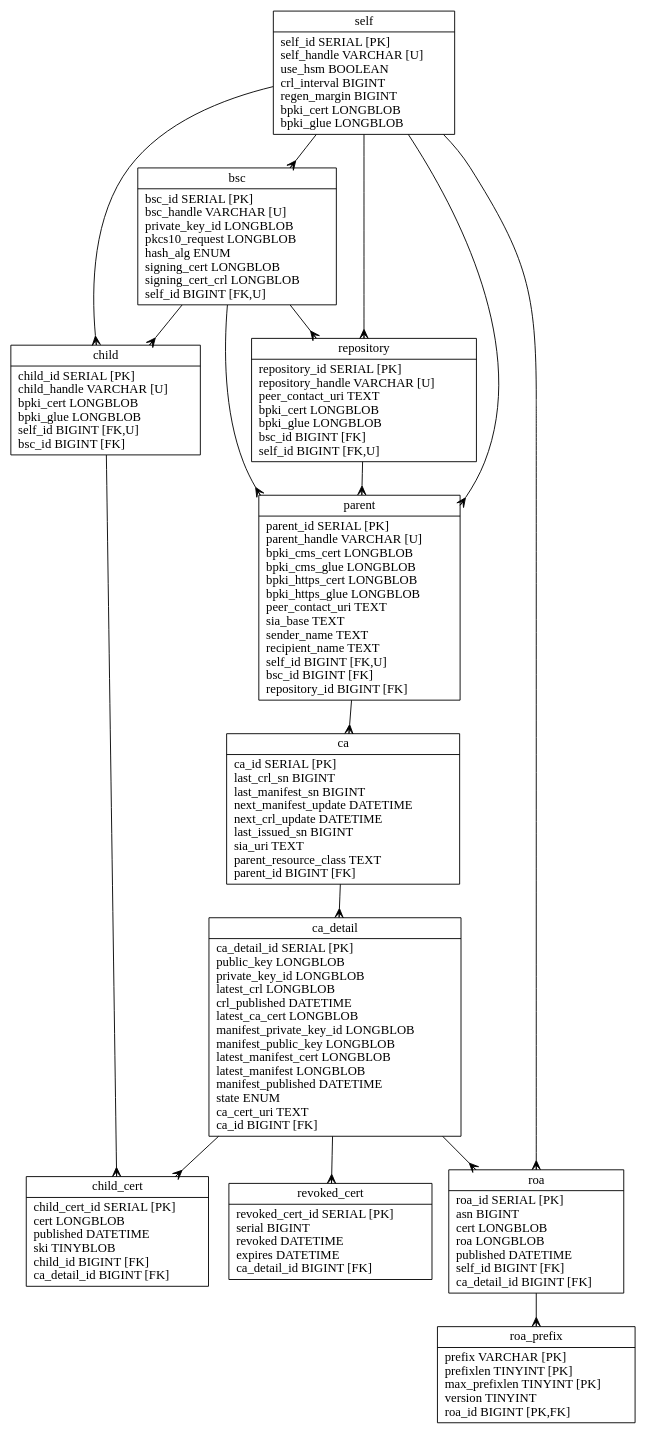
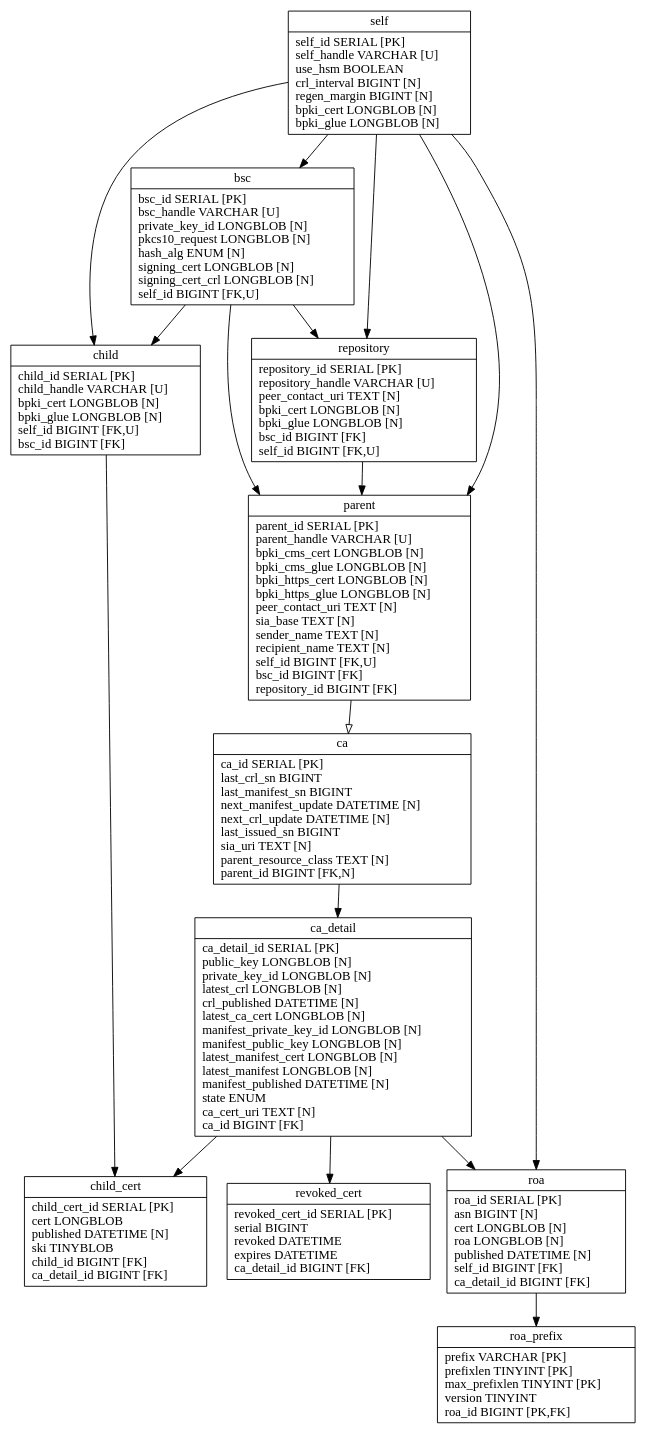
Before and after one commit to dragonresearch/rpki.net: the diagram in rpkid/doc/rpkid.dot, drawn with Graphviz. The commit also changed 29 other files, not shown here.

```diff
--- a/rpkid/doc/rpkid.dot
+++ b/rpkid/doc/rpkid.dot
@@ -1,34 +1,34 @@
 // Automatically generated from rpkid.sql
 
 digraph test {
 	edge [arrowtail=none, arrowhead=crow];
-	graph [ratio=fill, overlap=false, bgcolor=white];
+	graph [ratio=fill, overlap=false];
 	node [label="\N", fillcolor=white, shape=record, style=filled];
-	self [label="{self\n|self_id\ SERIAL\ [PK]\lself_handle\ VARCHAR\ [U]\luse_hsm\ BOOLEAN\lcrl_interval\ BIGINT\lregen_margin\ BIGINT\lbpki_cert\ LONGBLOB\lbpki_glue\ LONGBLOB\l}"];
-	bsc [label="{bsc\n|bsc_id\ SERIAL\ [PK]\lbsc_handle\ VARCHAR\ [U]\lprivate_key_id\ LONGBLOB\lpkcs10_request\ LONGBLOB\lhash_alg\ ENUM\lsigning_cert\ LONGBLOB\lsigning_cert_crl\ LONGBLOB\lself_id\ BIGINT\ [FK,U]\l}"];
-	repository [label="{repository\n|repository_id\ SERIAL\ [PK]\lrepository_handle\ VARCHAR\ [U]\lpeer_contact_uri\ TEXT\lbpki_cert\ LONGBLOB\lbpki_glue\ LONGBLOB\lbsc_id\ BIGINT\ [FK]\lself_id\ BIGINT\ [FK,U]\l}"];
-	parent [label="{parent\n|parent_id\ SERIAL\ [PK]\lparent_handle\ VARCHAR\ [U]\lbpki_cms_cert\ LONGBLOB\lbpki_cms_glue\ LONGBLOB\lbpki_https_cert\ LONGBLOB\lbpki_https_glue\ LONGBLOB\lpeer_contact_uri\ TEXT\lsia_base\ TEXT\lsender_name\ TEXT\lrecipient_name\ TEXT\lself_id\ BIGINT\ [FK,U]\lbsc_id\ BIGINT\ [FK]\lrepository_id\ BIGINT\ [FK]\l}"];
-	ca [label="{ca\n|ca_id\ SERIAL\ [PK]\llast_crl_sn\ BIGINT\llast_manifest_sn\ BIGINT\lnext_manifest_update\ DATETIME\lnext_crl_update\ DATETIME\llast_issued_sn\ BIGINT\lsia_uri\ TEXT\lparent_resource_class\ TEXT\lparent_id\ BIGINT\ [FK]\l}"];
-	ca_detail [label="{ca_detail\n|ca_detail_id\ SERIAL\ [PK]\lpublic_key\ LONGBLOB\lprivate_key_id\ LONGBLOB\llatest_crl\ LONGBLOB\lcrl_published\ DATETIME\llatest_ca_cert\ LONGBLOB\lmanifest_private_key_id\ LONGBLOB\lmanifest_public_key\ LONGBLOB\llatest_manifest_cert\ LONGBLOB\llatest_manifest\ LONGBLOB\lmanifest_published\ DATETIME\lstate\ ENUM\lca_cert_uri\ TEXT\lca_id\ BIGINT\ [FK]\l}"];
-	child [label="{child\n|child_id\ SERIAL\ [PK]\lchild_handle\ VARCHAR\ [U]\lbpki_cert\ LONGBLOB\lbpki_glue\ LONGBLOB\lself_id\ BIGINT\ [FK,U]\lbsc_id\ BIGINT\ [FK]\l}"];
-	child_cert [label="{child_cert\n|child_cert_id\ SERIAL\ [PK]\lcert\ LONGBLOB\lpublished\ DATETIME\lski\ TINYBLOB\lchild_id\ BIGINT\ [FK]\lca_detail_id\ BIGINT\ [FK]\l}"];
-	revoked_cert [label="{revoked_cert\n|revoked_cert_id\ SERIAL\ [PK]\lserial\ BIGINT\lrevoked\ DATETIME\lexpires\ DATETIME\lca_detail_id\ BIGINT\ [FK]\l}"];
-	roa [label="{roa\n|roa_id\ SERIAL\ [PK]\lasn\ BIGINT\lcert\ LONGBLOB\lroa\ LONGBLOB\lpublished\ DATETIME\lself_id\ BIGINT\ [FK]\lca_detail_id\ BIGINT\ [FK]\l}"];
-	roa_prefix [label="{roa_prefix\n|prefix\ VARCHAR\ [PK]\lprefixlen\ TINYINT\ [PK]\lmax_prefixlen\ TINYINT\ [PK]\lversion\ TINYINT\lroa_id\ BIGINT\ [PK,FK]\l}"];
-	bsc -> child;
-	bsc -> parent;
-	bsc -> repository;
-	ca -> ca_detail;
-	ca_detail -> child_cert;
-	ca_detail -> revoked_cert;
-	ca_detail -> roa;
-	child -> child_cert;
-	parent -> ca;
-	repository -> parent;
-	roa -> roa_prefix;
-	self -> bsc;
-	self -> child;
-	self -> parent;
-	self -> repository;
-	self -> roa;
+	node1 [label="{self\n|self_id\ SERIAL\ [PK]\lself_handle\ VARCHAR\ [U]\luse_hsm\ BOOLEAN\lcrl_interval\ BIGINT\ [N]\lregen_margin\ BIGINT\ [N]\lbpki_cert\ LONGBLOB\ [N]\lbpki_glue\ LONGBLOB\ [N]\l}"];
+	node2 [label="{bsc\n|bsc_id\ SERIAL\ [PK]\lbsc_handle\ VARCHAR\ [U]\lprivate_key_id\ LONGBLOB\ [N]\lpkcs10_request\ LONGBLOB\ [N]\lhash_alg\ ENUM\ [N]\lsigning_cert\ LONGBLOB\ [N]\lsigning_cert_crl\ LONGBLOB\ [N]\lself_id\ BIGINT\ [FK,U]\l}"];
+	node3 [label="{repository\n|repository_id\ SERIAL\ [PK]\lrepository_handle\ VARCHAR\ [U]\lpeer_contact_uri\ TEXT\ [N]\lbpki_cert\ LONGBLOB\ [N]\lbpki_glue\ LONGBLOB\ [N]\lbsc_id\ BIGINT\ [FK]\lself_id\ BIGINT\ [FK,U]\l}"];
+	node4 [label="{parent\n|parent_id\ SERIAL\ [PK]\lparent_handle\ VARCHAR\ [U]\lbpki_cms_cert\ LONGBLOB\ [N]\lbpki_cms_glue\ LONGBLOB\ [N]\lbpki_https_cert\ LONGBLOB\ [N]\lbpki_https_glue\ LONGBLOB\ [N]\lpeer_contact_uri\ TEXT\ [N]\lsia_base\ TEXT\ [N]\lsender_name\ TEXT\ [N]\lrecipient_name\ TEXT\ [N]\lself_id\ BIGINT\ [FK,U]\lbsc_id\ BIGINT\ [FK]\lrepository_id\ BIGINT\ [FK]\l}"];
+	node5 [label="{ca\n|ca_id\ SERIAL\ [PK]\llast_crl_sn\ BIGINT\llast_manifest_sn\ BIGINT\lnext_manifest_update\ DATETIME\ [N]\lnext_crl_update\ DATETIME\ [N]\llast_issued_sn\ BIGINT\lsia_uri\ TEXT\ [N]\lparent_resource_class\ TEXT\ [N]\lparent_id\ BIGINT\ [FK,N]\l}"];
+	node6 [label="{ca_detail\n|ca_detail_id\ SERIAL\ [PK]\lpublic_key\ LONGBLOB\ [N]\lprivate_key_id\ LONGBLOB\ [N]\llatest_crl\ LONGBLOB\ [N]\lcrl_published\ DATETIME\ [N]\llatest_ca_cert\ LONGBLOB\ [N]\lmanifest_private_key_id\ LONGBLOB\ [N]\lmanifest_public_key\ LONGBLOB\ [N]\llatest_manifest_cert\ LONGBLOB\ [N]\llatest_manifest\ LONGBLOB\ [N]\lmanifest_published\ DATETIME\ [N]\lstate\ ENUM\lca_cert_uri\ TEXT\ [N]\lca_id\ BIGINT\ [FK]\l}"];
+	node7 [label="{child\n|child_id\ SERIAL\ [PK]\lchild_handle\ VARCHAR\ [U]\lbpki_cert\ LONGBLOB\ [N]\lbpki_glue\ LONGBLOB\ [N]\lself_id\ BIGINT\ [FK,U]\lbsc_id\ BIGINT\ [FK]\l}"];
+	node8 [label="{child_cert\n|child_cert_id\ SERIAL\ [PK]\lcert\ LONGBLOB\lpublished\ DATETIME\ [N]\lski\ TINYBLOB\lchild_id\ BIGINT\ [FK]\lca_detail_id\ BIGINT\ [FK]\l}"];
+	node9 [label="{revoked_cert\n|revoked_cert_id\ SERIAL\ [PK]\lserial\ BIGINT\lrevoked\ DATETIME\lexpires\ DATETIME\lca_detail_id\ BIGINT\ [FK]\l}"];
+	node10 [label="{roa\n|roa_id\ SERIAL\ [PK]\lasn\ BIGINT\ [N]\lcert\ LONGBLOB\ [N]\lroa\ LONGBLOB\ [N]\lpublished\ DATETIME\ [N]\lself_id\ BIGINT\ [FK]\lca_detail_id\ BIGINT\ [FK]\l}"];
+	node11 [label="{roa_prefix\n|prefix\ VARCHAR\ [PK]\lprefixlen\ TINYINT\ [PK]\lmax_prefixlen\ TINYINT\ [PK]\lversion\ TINYINT\lroa_id\ BIGINT\ [PK,FK]\l}"];
+	node2 -> node7 [arrowhead=normal];
+	node2 -> node4 [arrowhead=normal];
+	node2 -> node3 [arrowhead=normal];
+	node5 -> node6 [arrowhead=normal];
+	node6 -> node8 [arrowhead=normal];
+	node6 -> node9 [arrowhead=normal];
+	node6 -> node10 [arrowhead=normal];
+	node7 -> node8 [arrowhead=normal];
+	node4 -> node5 [arrowhead=empty];
+	node3 -> node4 [arrowhead=normal];
+	node10 -> node11 [arrowhead=normal];
+	node1 -> node2 [arrowhead=normal];
+	node1 -> node7 [arrowhead=normal];
+	node1 -> node4 [arrowhead=normal];
+	node1 -> node3 [arrowhead=normal];
+	node1 -> node10 [arrowhead=normal];
 }
```
